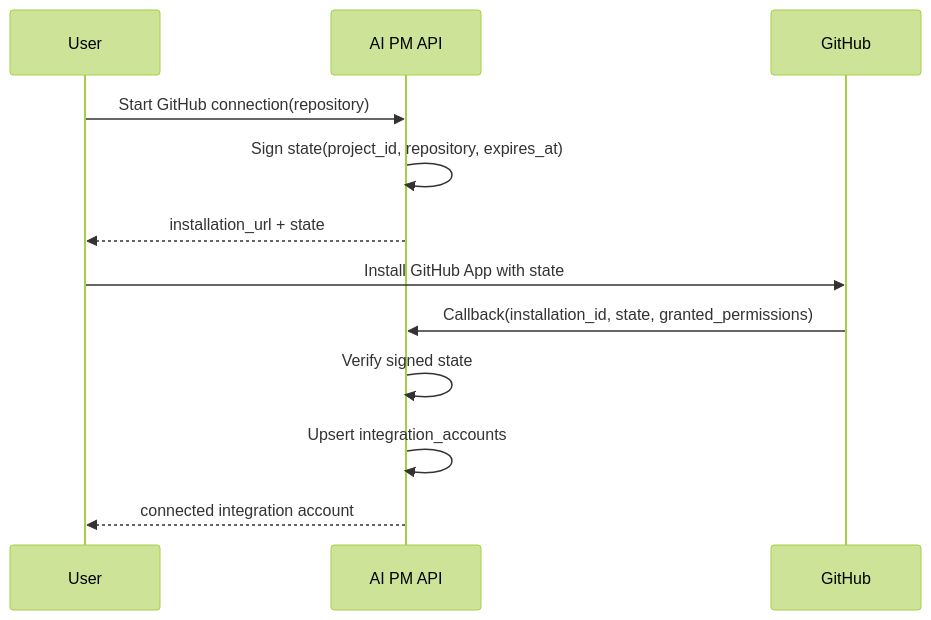
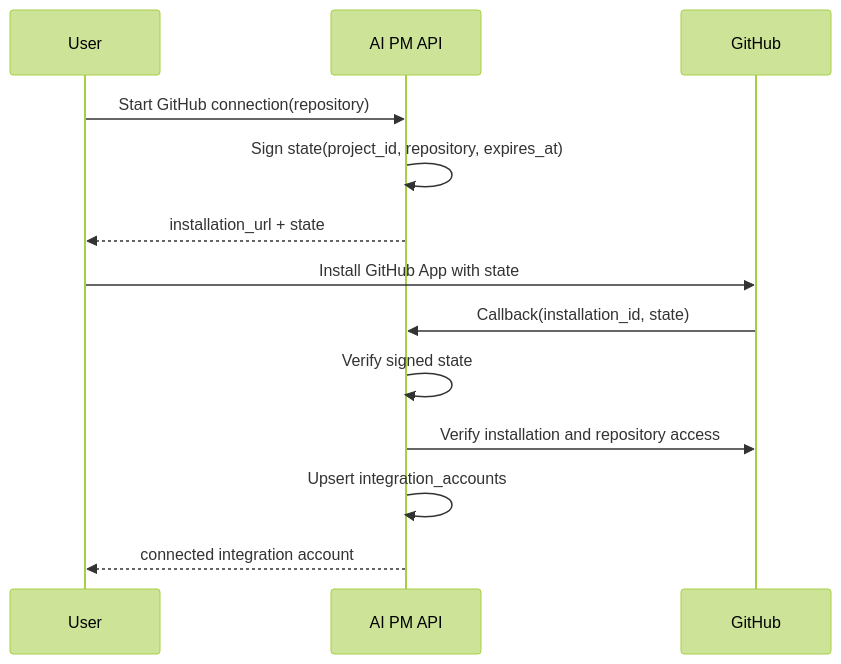
The diagram in docs/architecture/20260701_github_app_provider_implementation.md (Kazuya-Sakashita/ai-pm-platform), drawn with Mermaid (forest theme) before and after one commit. The commit also changed other lines of this file and 9 other files, not shown here.

````diff
--- a/docs/architecture/20260701_github_app_provider_implementation.md
+++ b/docs/architecture/20260701_github_app_provider_implementation.md
@@ -60,15 +64,16 @@
 ```mermaid
 sequenceDiagram
   participant U as User
   participant API as AI PM API
   participant GH as GitHub
 
   U->>API: Start GitHub connection(repository)
   API->>API: Sign state(project_id, repository, expires_at)
   API-->>U: installation_url + state
   U->>GH: Install GitHub App with state
-  GH->>API: Callback(installation_id, state, granted_permissions)
+  GH->>API: Callback(installation_id, state)
   API->>API: Verify signed state
+  API->>GH: Verify installation and repository access
   API->>API: Upsert integration_accounts
   API-->>U: connected integration account
 ```
````
